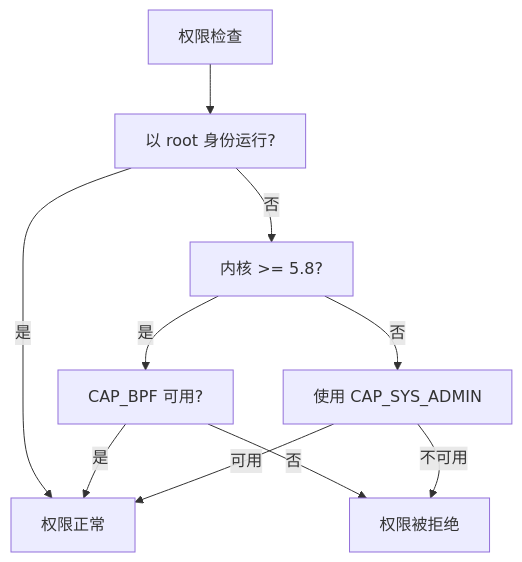
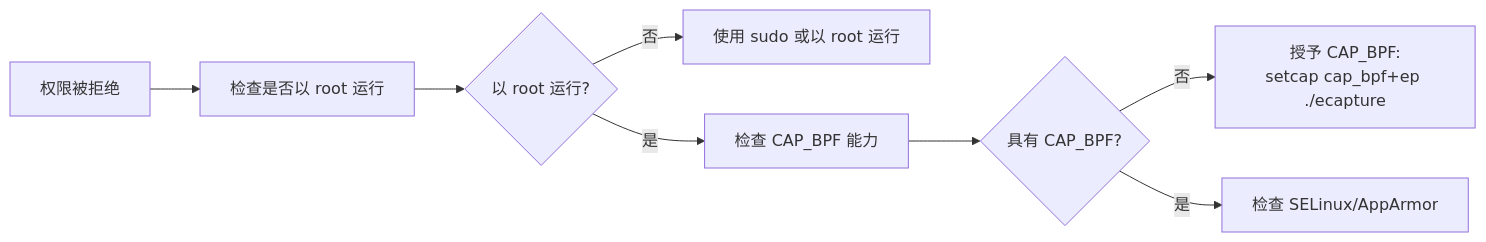
The second of 10 diagrams in src/zh/6-troubleshooting-and-faq/index.md (gojue/ecapture.cc), drawn with Mermaid before and after one commit. The commit also changed other lines of this file and 115 other files, not shown here.

````diff
--- a/src/zh/6-troubleshooting-and-faq/index.md
+++ b/src/zh/6-troubleshooting-and-faq/index.md
@@ -149,20 +78,10 @@
 ```mermaid
-graph TB
-    START["权限检查"]
-    ROOT["以 root 身份运行?"]
-    KERNEL58["内核 >= 5.8?"]
-    CAPBPF["CAP_BPF 可用?"]
-    LEGACY["使用 CAP_SYS_ADMIN"]
-    SUCCESS["权限正常"]
-    FAIL["权限被拒绝"]
-    
-    START --> ROOT
-    ROOT -->|是| SUCCESS
-    ROOT -->|否| KERNEL58
-    KERNEL58 -->|是| CAPBPF
-    KERNEL58 -->|否| LEGACY
-    CAPBPF -->|是| SUCCESS
-    CAPBPF -->|否| FAIL
-    LEGACY -->|可用| SUCCESS
-    LEGACY -->|不可用| FAIL
+graph LR
+    PermError["权限被拒绝"] --> CheckRoot["检查是否以 root 运行"]
+    CheckRoot --> IsRoot{以 root 运行?}
+    IsRoot -->|否| UseRoot["使用 sudo 或以 root 运行"]
+    IsRoot -->|是| CheckCAP["检查 CAP_BPF 能力"]
+    CheckCAP --> HasCAP{具有 CAP_BPF?}
+    HasCAP -->|否| GrantCAP["授予 CAP_BPF:<br/>setcap cap_bpf+ep ./ecapture"]
+    HasCAP -->|是| CheckSELinux["检查 SELinux/AppArmor"]
 ```
````
